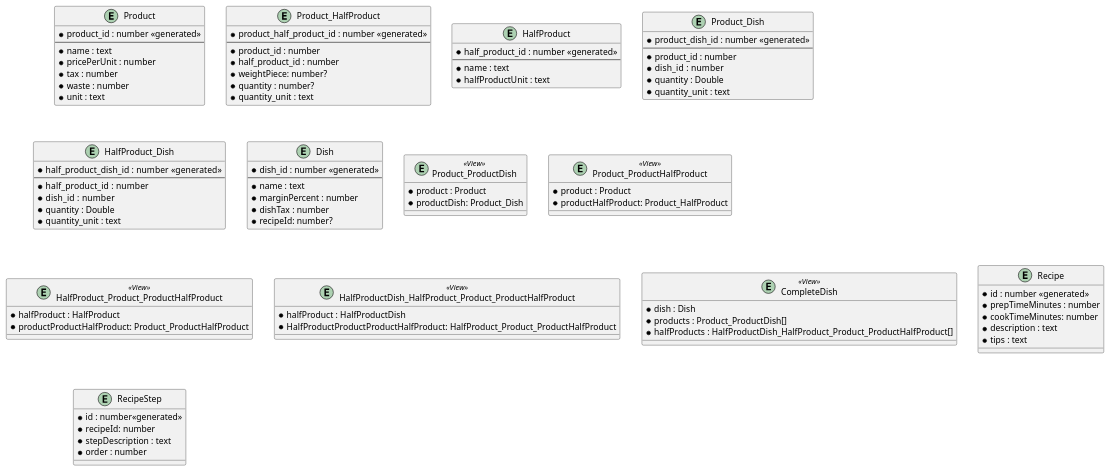
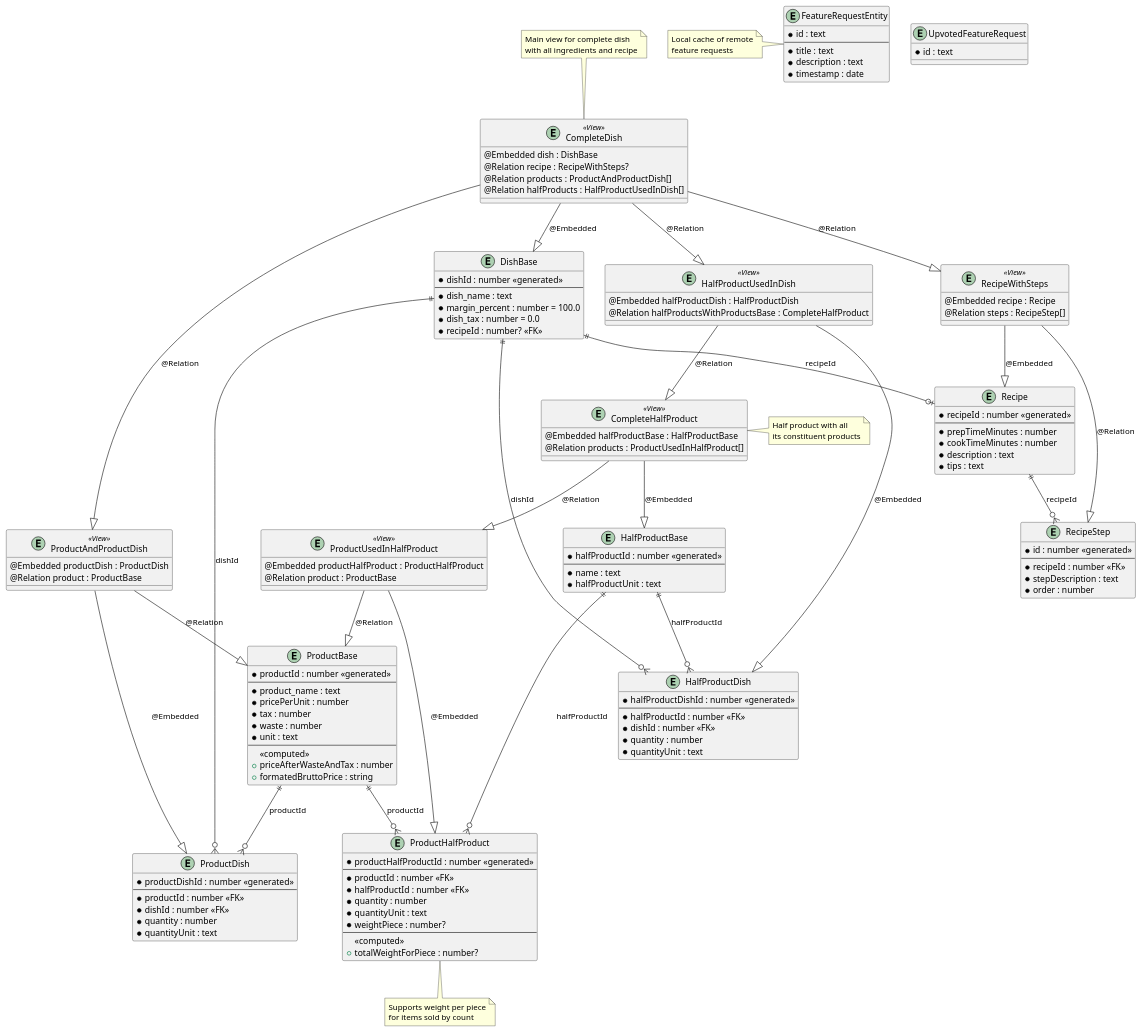
The diagram in design/data/database/new.plantuml (michalguspiel/FoodCostCalculator), drawn with PlantUML before and after one commit. The commit also changed 2 other files, not shown here.

First paragraph of the commit message:
Update design diagrams (#162)
* Update plantUML domain models

```diff
--- a/design/data/database/new.plantuml
+++ b/design/data/database/new.plantuml
@@ -1,96 +1,169 @@
 @startuml
 
-entity "Product" as p {
-    *product_id : number <<generated>>
+' Core Entities
+entity "ProductBase" as p {
+    *productId : number <<generated>>
     --
-    *name : text
+    *product_name : text
     *pricePerUnit : number
     *tax : number
     *waste : number
     *unit : text
+    --
+    <<computed>>
+    +priceAfterWasteAndTax : number
+    +formatedBruttoPrice : string
 }
 
-entity "Product_HalfProduct" as php {
-    *product_half_product_id : number <<generated>>
-    --
-    *product_id : number 
-    *half_product_id : number 
-    *weightPiece: number?
-    *quantity : number?
-    *quantity_unit : text
-}
-
-entity "HalfProduct" as hp {
-    *half_product_id : number <<generated>>
+entity "HalfProductBase" as hp {
+    *halfProductId : number <<generated>>
     --
     *name : text
     *halfProductUnit : text
 }
 
-entity "Product_Dish" as pd{
-    *product_dish_id : number <<generated>>
+entity "DishBase" as d {
+    *dishId : number <<generated>>
     --
-    *product_id : number
-    *dish_id :  number
-    *quantity : Double
-    *quantity_unit : text
+    *dish_name : text
+    *margin_percent : number = 100.0
+    *dish_tax : number = 0.0
+    *recipeId : number? <<FK>>
 }
 
-entity "HalfProduct_Dish" as hpd {
-    *half_product_dish_id :  number <<generated>>
+entity "Recipe" as r {
+    *recipeId : number <<generated>>
     --
-    *half_product_id :  number
-    *dish_id :  number
-    *quantity : Double
-    *quantity_unit : text
-}
-
-entity "Dish" as d {
-    *dish_id : number <<generated>>
-    --
-    *name : text
-    *marginPercent : number
-    *dishTax : number
-    *recipeId: number?
-}
-
-entity Product_ProductDish <<View>> {
-    *product : Product
-    *productDish: Product_Dish
-}
-entity Product_ProductHalfProduct <<View>>  {
-    *product : Product
-    *productHalfProduct: Product_HalfProduct
-}
-entity HalfProduct_Product_ProductHalfProduct <<View>>  {
-    *halfProduct : HalfProduct
-    *productProductHalfProduct: Product_ProductHalfProduct
-}
-
-entity HalfProductDish_HalfProduct_Product_ProductHalfProduct <<View>> {
-    *halfProduct : HalfProductDish
-    *HalfProductProductProductHalfProduct: HalfProduct_Product_ProductHalfProduct
-}
-
-entity CompleteDish <<View>> {
-    *dish : Dish
-    *products : Product_ProductDish[]
-    *halfProducts : HalfProductDish_HalfProduct_Product_ProductHalfProduct[]
-}
-
-entity Recipe  {
-    *id : number <<generated>>
     *prepTimeMinutes : number
-    *cookTimeMinutes: number
+    *cookTimeMinutes : number
     *description : text
     *tips : text
 }
 
-entity RecipeStep {
-    *id : number<<generated>>
-    *recipeId: number
+entity "RecipeStep" as rs {
+    *id : number <<generated>>
+    --
+    *recipeId : number <<FK>>
     *stepDescription : text
     *order : number
 }
 
+' Association Tables (Junction Tables)
+entity "ProductDish" as pd {
+    *productDishId : number <<generated>>
+    --
+    *productId : number <<FK>>
+    *dishId : number <<FK>>
+    *quantity : number
+    *quantityUnit : text
+}
+
+entity "ProductHalfProduct" as php {
+    *productHalfProductId : number <<generated>>
+    --
+    *productId : number <<FK>>
+    *halfProductId : number <<FK>>
+    *quantity : number
+    *quantityUnit : text
+    *weightPiece : number?
+    --
+    <<computed>>
+    +totalWeightForPiece : number?
+}
+
+entity "HalfProductDish" as hpd {
+    *halfProductDishId : number <<generated>>
+    --
+    *halfProductId : number <<FK>>
+    *dishId : number <<FK>>
+    *quantity : number
+    *quantityUnit : text
+}
+
+' Remote/Local sync entities
+entity "FeatureRequestEntity" as fre {
+    *id : text
+    --
+    *title : text
+    *description : text
+    *timestamp : date
+}
+
+entity "UpvotedFeatureRequest" as ufr {
+    *id : text
+}
+
+' Views (Joined entities for complex queries)
+entity "ProductAndProductDish" as papd <<View>> {
+    @Embedded productDish : ProductDish
+    @Relation product : ProductBase
+}
+
+entity "ProductUsedInHalfProduct" as puihp <<View>> {
+    @Embedded productHalfProduct : ProductHalfProduct
+    @Relation product : ProductBase
+}
+
+entity "CompleteHalfProduct" as chp <<View>> {
+    @Embedded halfProductBase : HalfProductBase
+    @Relation products : ProductUsedInHalfProduct[]
+}
+
+entity "HalfProductUsedInDish" as hpuid <<View>> {
+    @Embedded halfProductDish : HalfProductDish
+    @Relation halfProductsWithProductsBase : CompleteHalfProduct
+}
+
+entity "RecipeWithSteps" as rws <<View>> {
+    @Embedded recipe : Recipe
+    @Relation steps : RecipeStep[]
+}
+
+entity "CompleteDish" as cd <<View>> {
+    @Embedded dish : DishBase
+    @Relation recipe : RecipeWithSteps?
+    @Relation products : ProductAndProductDish[]
+    @Relation halfProducts : HalfProductUsedInDish[]
+}
+
+' Foreign Key Relationships
+d ||--o| r : "recipeId"
+r ||--o{ rs : "recipeId"
+
+p ||--o{ pd : "productId"
+d ||--o{ pd : "dishId"
+
+p ||--o{ php : "productId"
+hp ||--o{ php : "halfProductId"
+
+hp ||--o{ hpd : "halfProductId"
+d ||--o{ hpd : "dishId"
+
+' View Relationships (Room @Relation mappings)
+papd --|> pd : "@Embedded"
+papd --|> p : "@Relation"
+
+puihp --|> php : "@Embedded"
+puihp --|> p : "@Relation"
+
+chp --|> hp : "@Embedded"
+chp --|> puihp : "@Relation"
+
+hpuid --|> hpd : "@Embedded"
+hpuid --|> chp : "@Relation"
+
+rws --|> r : "@Embedded"
+rws --|> rs : "@Relation"
+
+cd --|> d : "@Embedded"
+cd --|> rws : "@Relation"
+cd --|> papd : "@Relation"
+cd --|> hpuid : "@Relation"
+
+' Notes
+note top of cd : Main view for complete dish\nwith all ingredients and recipe
+note right of chp : Half product with all\nits constituent products
+note bottom of php : Supports weight per piece\nfor items sold by count
+note left of fre : Local cache of remote\nfeature requests
+
 @enduml
```
